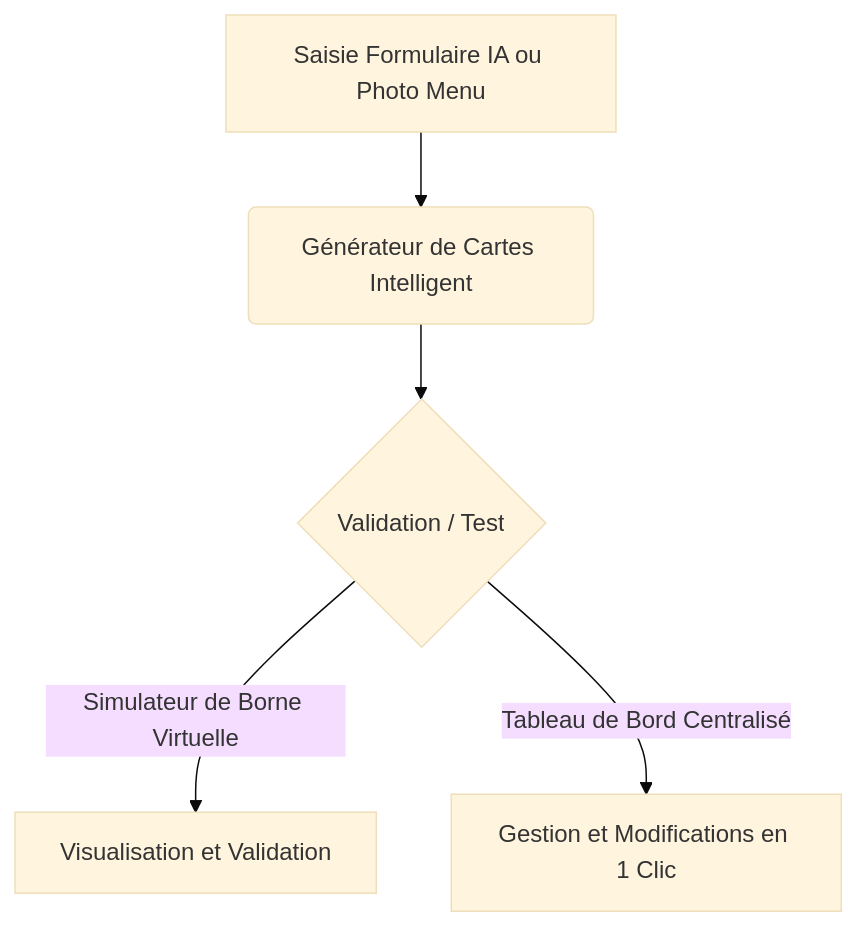
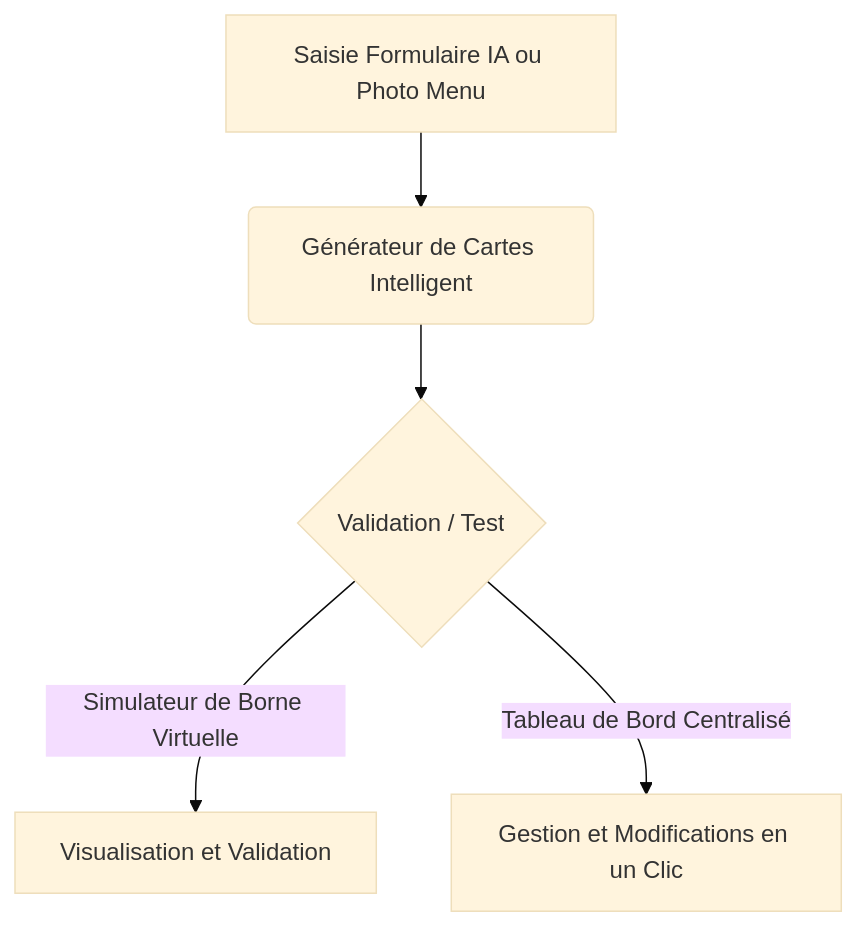
The diagram in cahier_des_charges_fonctionnel.md (Ksiwar1/Stage2026), drawn with Mermaid (base theme) before and after one commit. The commit also changed other lines of this file, not shown here.

````diff
--- a/cahier_des_charges_fonctionnel.md
+++ b/cahier_des_charges_fonctionnel.md
@@ -35,7 +35,7 @@
 ```mermaid
 graph TD
     A[Saisie Formulaire IA ou Photo Menu] --> B(Générateur de Cartes Intelligent)
     B --> C{Validation / Test}
     C -->|Simulateur de Borne Virtuelle| D[Visualisation et Validation]
-    C -->|Tableau de Bord Centralisé| E[Gestion et Modifications en 1 Clic]
+    C -->|Tableau de Bord Centralisé| E[Gestion et Modifications en un Clic]
 ```
````
